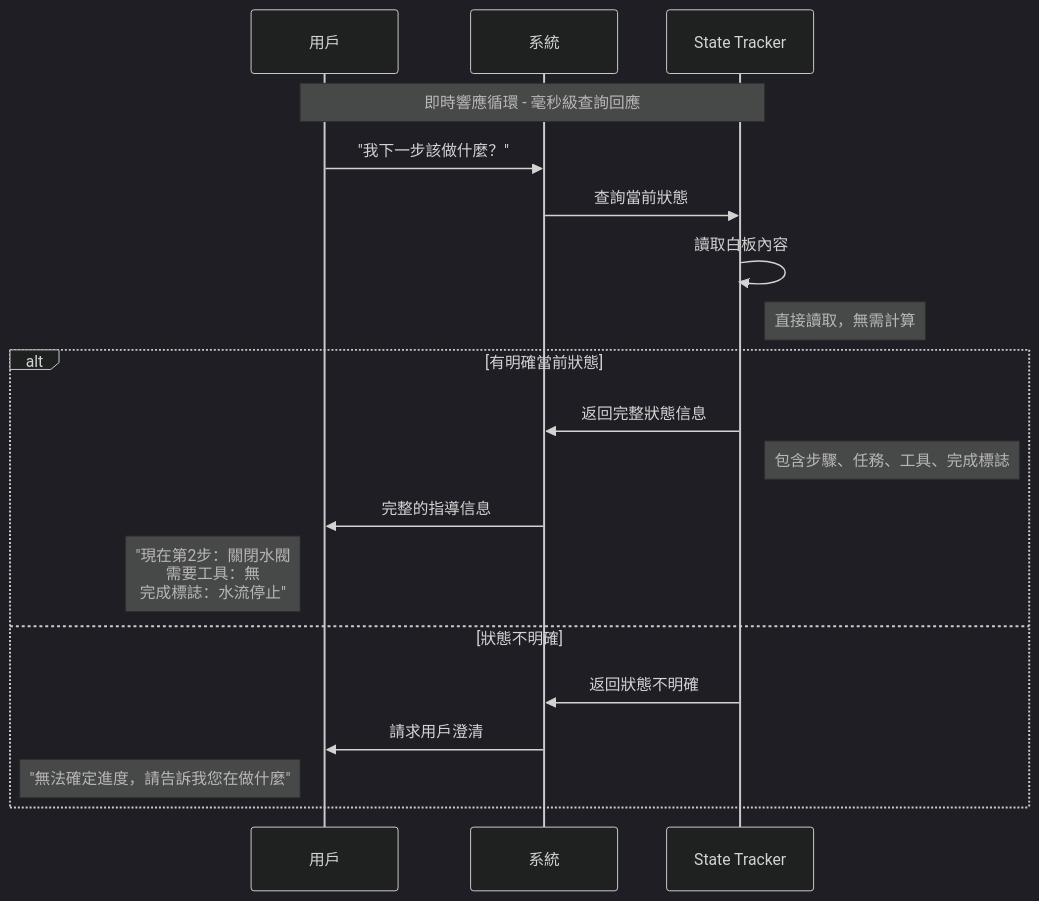
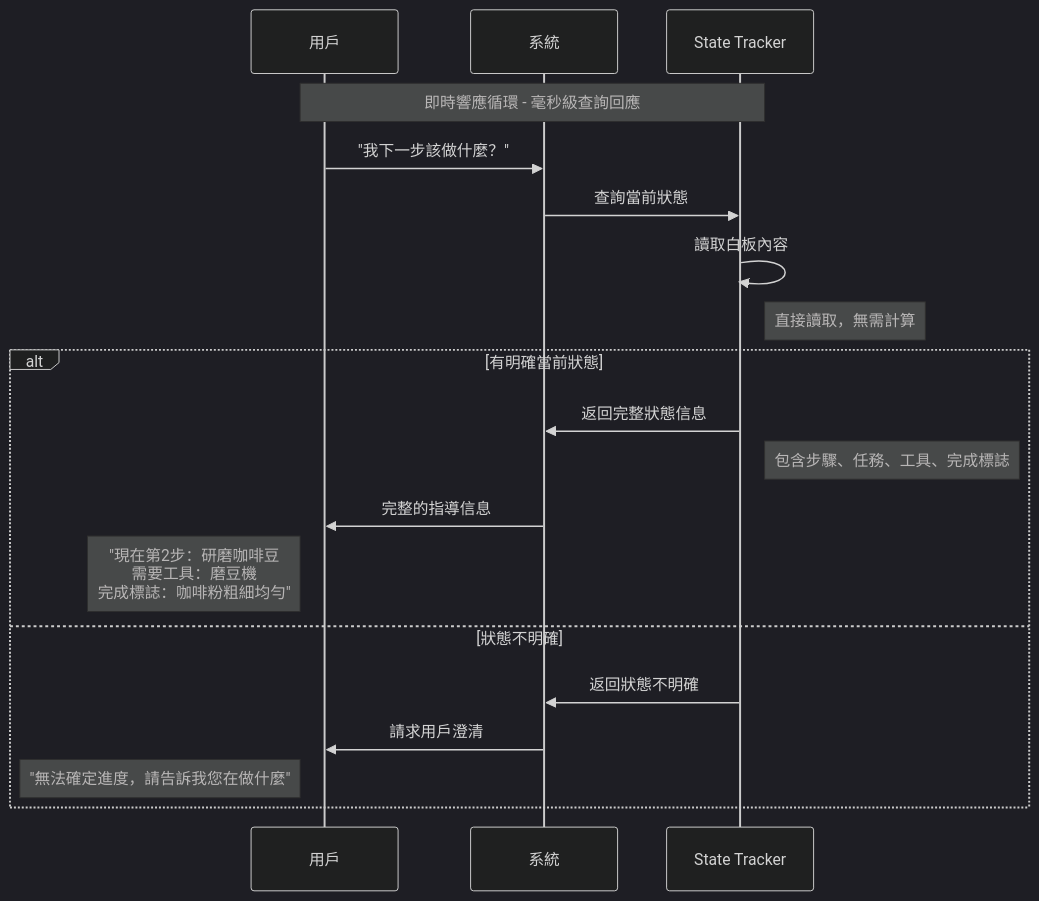
The fourth of 5 diagrams in .kiro/specs/memory-system/design.md (yitzuliu/DissertationDemo), drawn with Mermaid (dark theme) before and after one commit. The commit also changed other lines of this file and 4 other files, not shown here.

First line of the commit message:
feat: Add architecture overview and update implementation readiness documents

````diff
--- a/.kiro/specs/memory-system/design.md
+++ b/.kiro/specs/memory-system/design.md
@@ -370,25 +370,25 @@
 ```mermaid
 sequenceDiagram
     participant User as 用戶
     participant System as 系統
     participant ST as State Tracker
     
     Note over User,ST: 即時響應循環 - 毫秒級查詢回應
     
     User->>System: "我下一步該做什麼？"
     System->>ST: 查詢當前狀態
     
     ST->>ST: 讀取白板內容
     Note right of ST: 直接讀取，無需計算
     
     alt 有明確當前狀態
         ST->>System: 返回完整狀態信息
         Note right of ST: 包含步驟、任務、工具、完成標誌
         System->>User: 完整的指導信息
-        Note left of User: "現在第2步：關閉水閥<br/>需要工具：無<br/>完成標誌：水流停止"
+        Note left of User: "現在第2步：研磨咖啡豆<br/>需要工具：磨豆機<br/>完成標誌：咖啡粉粗細均勻"
     else 狀態不明確
         ST->>System: 返回狀態不明確
         System->>User: 請求用戶澄清
         Note left of User: "無法確定進度，請告訴我您在做什麼"
     end
 ```
````
